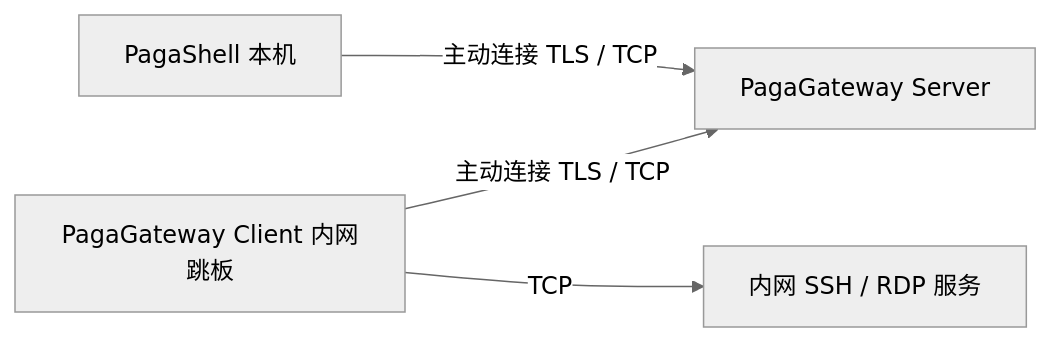
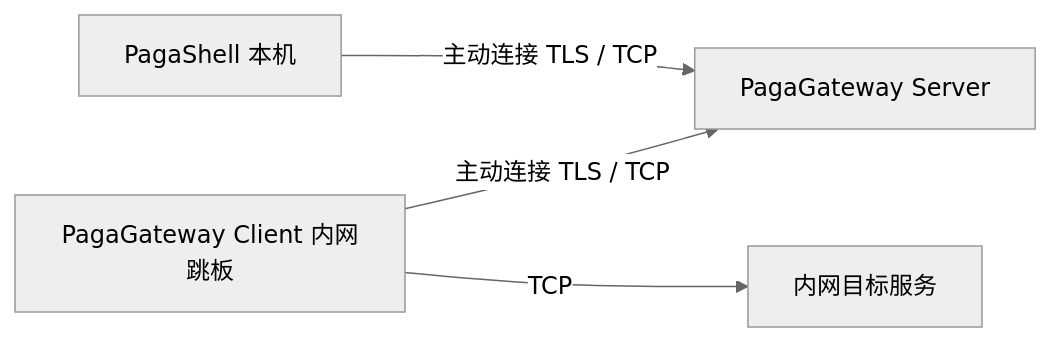
The diagram in docs/page-gateway.md (mingdraw/PagaShell), drawn with Mermaid (neutral theme) before and after one commit. The commit also changed other lines of this file and 108 other files, not shown here.

````diff
--- a/docs/page-gateway.md
+++ b/docs/page-gateway.md
@@ -7,6 +7,6 @@
 ```mermaid
 flowchart LR
   P[PagaShell 本机] -->|主动连接 TLS / TCP| S[PagaGateway Server]
   C[PagaGateway Client 内网跳板] -->|主动连接 TLS / TCP| S
-  C -->|TCP| T[内网 SSH / RDP 服务]
+  C -->|TCP| T[内网目标服务]
 ```
````
